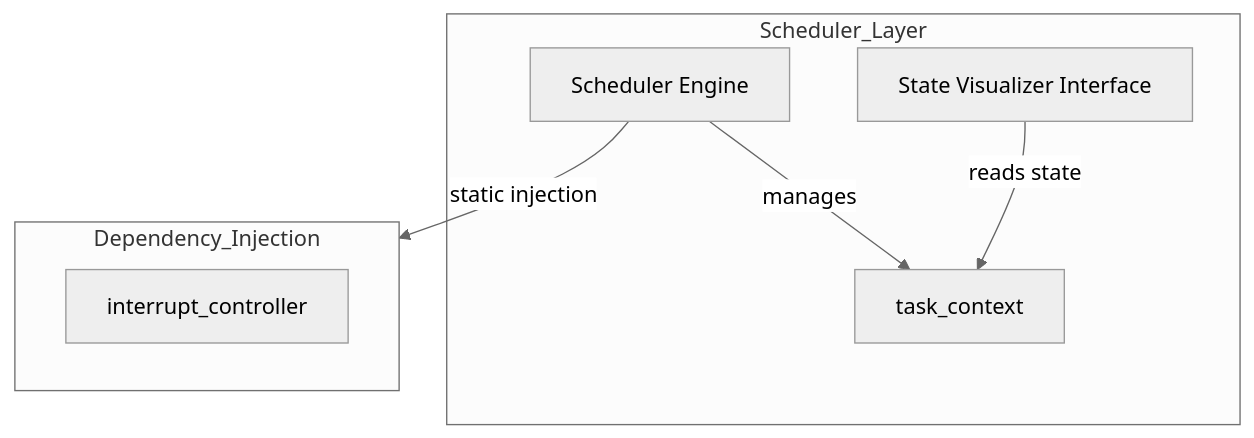
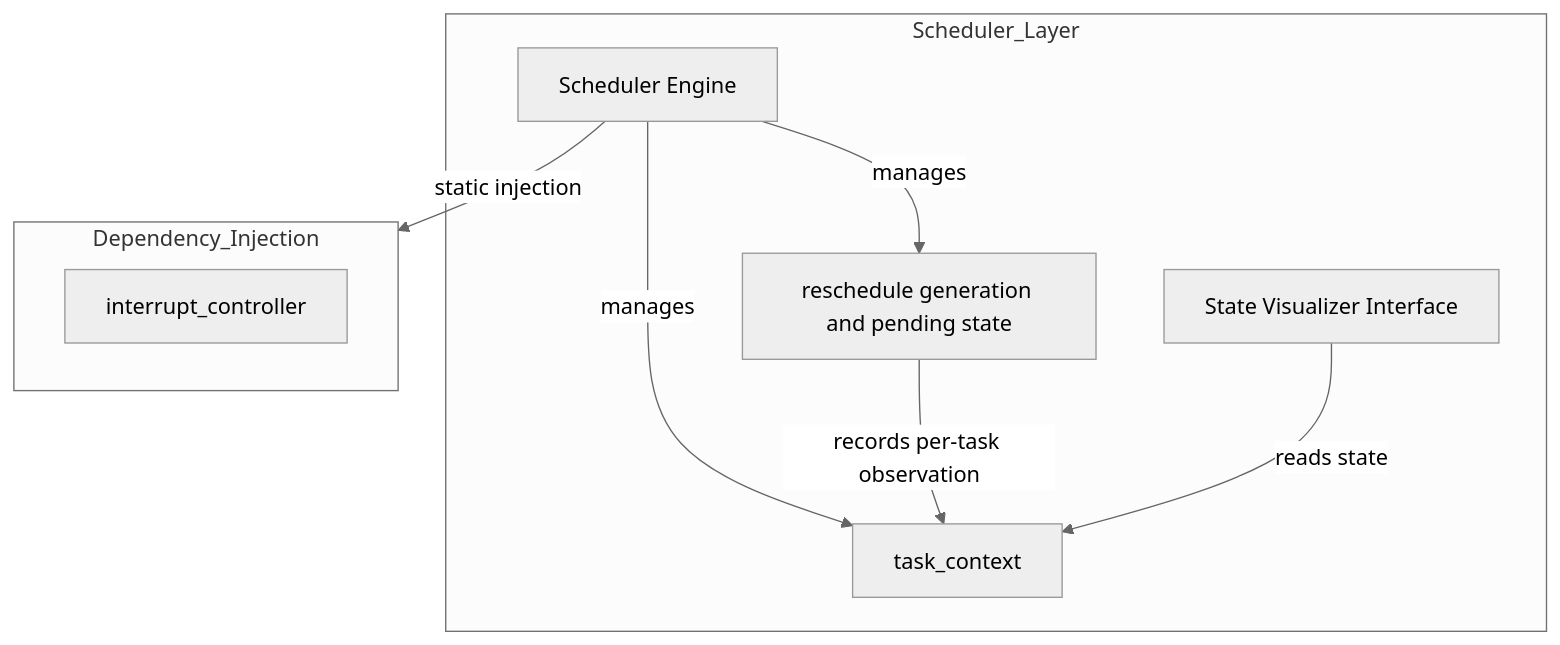
One commit to kmt-t/fireball changed the first of 4 diagrams in docs/components/tier1_core/os_scheduler.md. Above: the diagram before and after it, drawn with Mermaid (neutral theme). The commit also changed other lines of this file and 7 other files, not shown here.

Commit message:
Document interrupt reschedule generation across COOS

````diff
--- a/docs/components/tier1_core/os_scheduler.md
+++ b/docs/components/tier1_core/os_scheduler.md
@@ -27,16 +30,19 @@
 ```mermaid
 flowchart TD
     subgraph Scheduler_Layer
         Engine[Scheduler Engine]
         TCB[task_context]
+        Req[reschedule generation and pending state]
         Vis[State Visualizer Interface]
     end
 
     subgraph Dependency_Injection
         I_IF[interrupt_controller]
     end
 
     Engine -- static injection --> Dependency_Injection
     Engine -- manages --> TCB
+    Engine -- manages --> Req
+    Req -- records per-task observation --> TCB
     Vis -- reads state --> TCB
 ```
````
